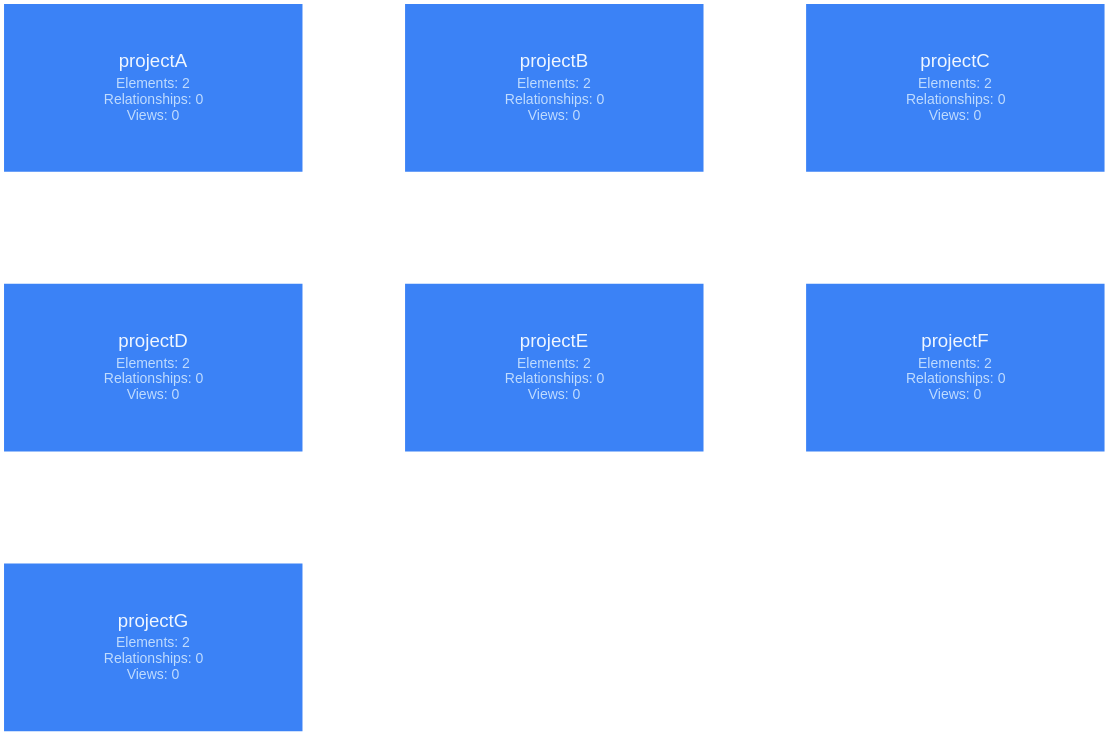
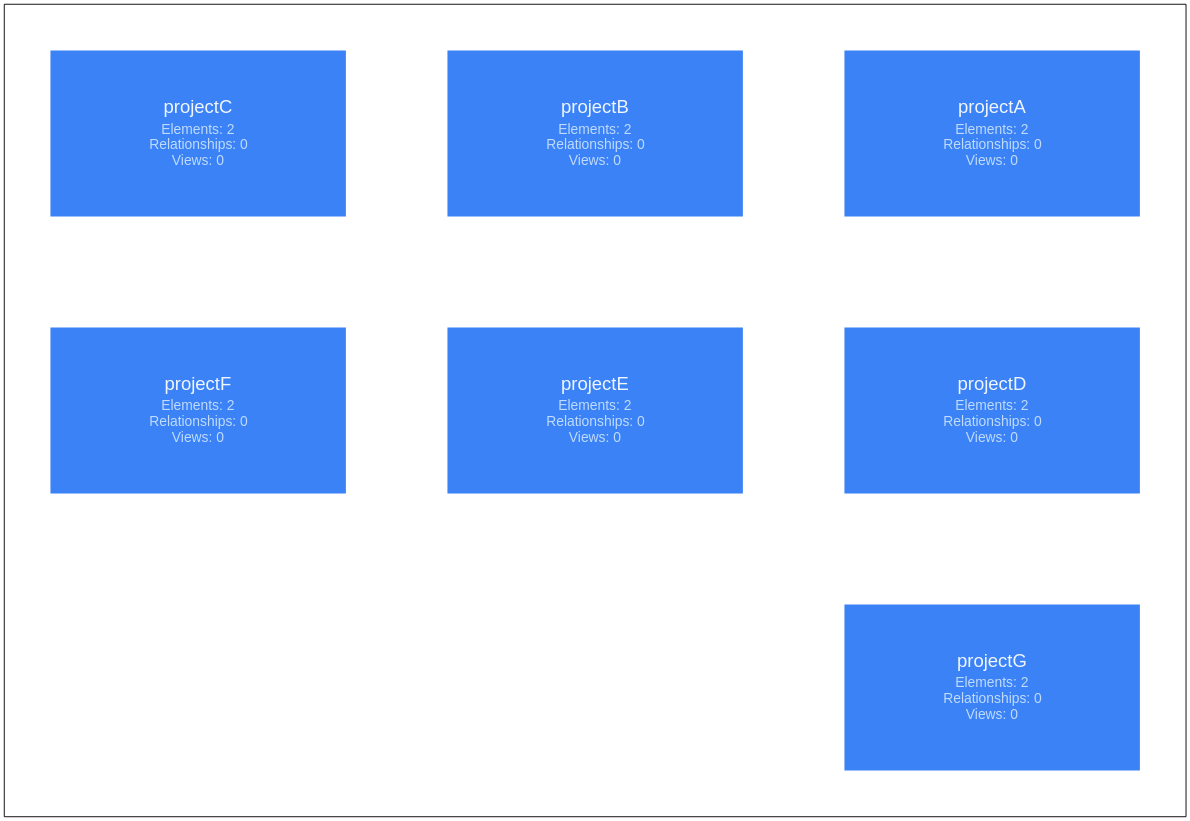
Before and after one commit to likec4/likec4: the diagram in packages/layouts/src/graphviz/__snapshots__/ProjectsViewPrinter-tile-layout.dot, drawn with Graphviz. The commit also changed 19 other files, not shown here.

First line of the commit message:
feat(graphviz): enhance project view handling and layout

```diff
--- a/packages/layouts/src/graphviz/__snapshots__/ProjectsViewPrinter-tile-layout.dot
+++ b/packages/layouts/src/graphviz/__snapshots__/ProjectsViewPrinter-tile-layout.dot
@@ -1,110 +1,126 @@
 digraph {
   likec4_viewId = "projects-view";
   bgcolor = "transparent";
   layout = "dot";
   compound = true;
   rankdir = "TB";
   splines = "spline";
   outputorder = "nodesfirst";
   nodesep = 1.528;
   ranksep = 1.667;
   pad = 0.209;
   fontname = "Arial";
   graph [
     fontsize = 20;
     labeljust = "l";
     labelloc = "t";
     margin = 50.1;
   ];
   edge [
     arrowsize = 0.75;
     fontname = "Arial";
     fontsize = 14;
     penwidth = 2;
     color = "#8D8D8D";
     fontcolor = "#C9C9C9";
   ];
   node [
     fontname = "Arial";
     shape = "rect";
     fillcolor = "#3b82f6";
     fontcolor = "#eff6ff";
     color = "#2563eb";
     style = "filled";
     penwidth = 0;
   ];
-  "projecta" [
-    likec4_id = "projectA";
+  "1pf41yp" [
+    likec4_id = "1pf41yp";
+    likec4_project = "projectA";
     likec4_level = 0;
     label = <<TABLE BORDER="0" CELLPADDING="0" CELLSPACING="4"><TR><TD><FONT POINT-SIZE="20">projectA</FONT></TD></TR><TR><TD><FONT POINT-SIZE="15" COLOR="#bfdbfe">Elements: 2<BR/>Relationships: 0<BR/>Views: 0</FONT></TD></TR></TABLE>>;
     margin = "0.223,0.223";
     width = 4.445;
     height = 2.5;
   ];
-  "projectb" [
-    likec4_id = "projectB";
+  "1pf41yq" [
+    likec4_id = "1pf41yq";
+    likec4_project = "projectB";
     likec4_level = 0;
     label = <<TABLE BORDER="0" CELLPADDING="0" CELLSPACING="4"><TR><TD><FONT POINT-SIZE="20">projectB</FONT></TD></TR><TR><TD><FONT POINT-SIZE="15" COLOR="#bfdbfe">Elements: 2<BR/>Relationships: 0<BR/>Views: 0</FONT></TD></TR></TABLE>>;
     margin = "0.223,0.223";
     width = 4.445;
     height = 2.5;
   ];
-  "projectc" [
-    likec4_id = "projectC";
+  "1pf41yr" [
+    likec4_id = "1pf41yr";
+    likec4_project = "projectC";
     likec4_level = 0;
     label = <<TABLE BORDER="0" CELLPADDING="0" CELLSPACING="4"><TR><TD><FONT POINT-SIZE="20">projectC</FONT></TD></TR><TR><TD><FONT POINT-SIZE="15" COLOR="#bfdbfe">Elements: 2<BR/>Relationships: 0<BR/>Views: 0</FONT></TD></TR></TABLE>>;
     margin = "0.223,0.223";
     width = 4.445;
     height = 2.5;
   ];
-  "projectd" [
-    likec4_id = "projectD";
+  "1pf41ys" [
+    likec4_id = "1pf41ys";
+    likec4_project = "projectD";
     likec4_level = 0;
     label = <<TABLE BORDER="0" CELLPADDING="0" CELLSPACING="4"><TR><TD><FONT POINT-SIZE="20">projectD</FONT></TD></TR><TR><TD><FONT POINT-SIZE="15" COLOR="#bfdbfe">Elements: 2<BR/>Relationships: 0<BR/>Views: 0</FONT></TD></TR></TABLE>>;
     margin = "0.223,0.223";
     width = 4.445;
     height = 2.5;
   ];
-  "projecte" [
-    likec4_id = "projectE";
+  "1pf41yt" [
+    likec4_id = "1pf41yt";
+    likec4_project = "projectE";
     likec4_level = 0;
     label = <<TABLE BORDER="0" CELLPADDING="0" CELLSPACING="4"><TR><TD><FONT POINT-SIZE="20">projectE</FONT></TD></TR><TR><TD><FONT POINT-SIZE="15" COLOR="#bfdbfe">Elements: 2<BR/>Relationships: 0<BR/>Views: 0</FONT></TD></TR></TABLE>>;
     margin = "0.223,0.223";
     width = 4.445;
     height = 2.5;
   ];
-  "projectf" [
-    likec4_id = "projectF";
+  "1pf41yu" [
+    likec4_id = "1pf41yu";
+    likec4_project = "projectF";
     likec4_level = 0;
     label = <<TABLE BORDER="0" CELLPADDING="0" CELLSPACING="4"><TR><TD><FONT POINT-SIZE="20">projectF</FONT></TD></TR><TR><TD><FONT POINT-SIZE="15" COLOR="#bfdbfe">Elements: 2<BR/>Relationships: 0<BR/>Views: 0</FONT></TD></TR></TABLE>>;
     margin = "0.223,0.223";
     width = 4.445;
     height = 2.5;
   ];
-  "projectg" [
-    likec4_id = "projectG";
+  "1pf41yv" [
+    likec4_id = "1pf41yv";
+    likec4_project = "projectG";
     likec4_level = 0;
     label = <<TABLE BORDER="0" CELLPADDING="0" CELLSPACING="4"><TR><TD><FONT POINT-SIZE="20">projectG</FONT></TD></TR><TR><TD><FONT POINT-SIZE="15" COLOR="#bfdbfe">Elements: 2<BR/>Relationships: 0<BR/>Views: 0</FONT></TD></TR></TABLE>>;
     margin = "0.223,0.223";
     width = 4.445;
     height = 2.5;
   ];
-  subgraph {
-    rank = "same";
-    "projecta";
-    "projectb";
-    "projectc";
+  subgraph "cluster_without_relationships" {
+    "1pf41yv";
+    subgraph {
+      rank = "same";
+      "1pf41yp";
+      "1pf41yq";
+      "1pf41yr";
+    }
+    subgraph {
+      rank = "same";
+      "1pf41ys";
+      "1pf41yt";
+      "1pf41yu";
+    }
+    "1pf41yp" -> "1pf41ys" [
+      style = "invis";
+    ];
+    "1pf41yq" -> "1pf41yt" [
+      style = "invis";
+    ];
+    "1pf41yr" -> "1pf41yu" [
+      style = "invis";
+    ];
+    "1pf41ys" -> "1pf41yv" [
+      style = "invis";
+    ];
   }
-  subgraph {
-    rank = "same";
-    "projectd";
-    "projecte";
-    "projectf";
-  }
-  "projecta" -> "projectd" [
-    style = "invis";
-  ];
-  "projectd" -> "projectg" [
-    style = "invis";
-  ];
 }
```
